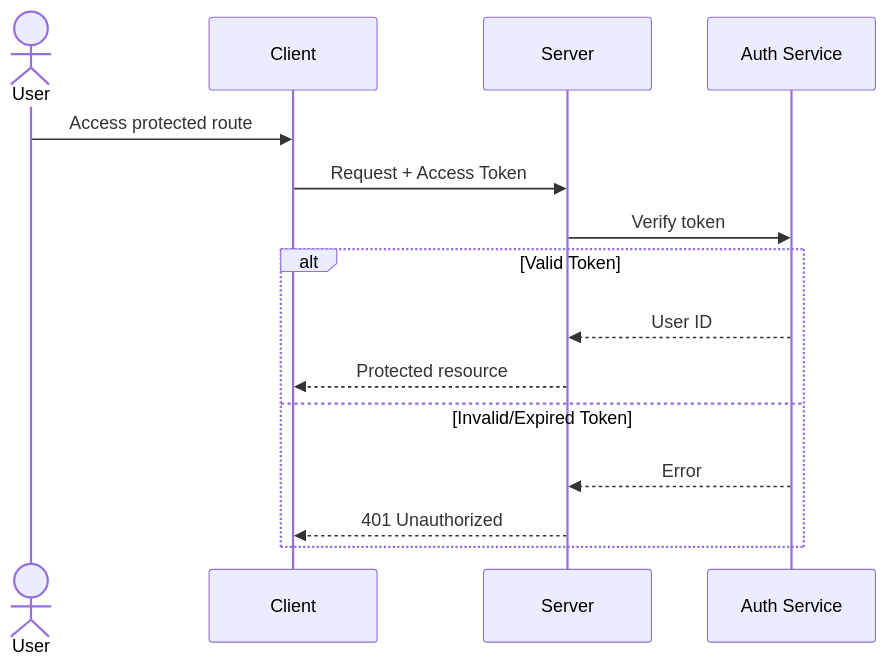
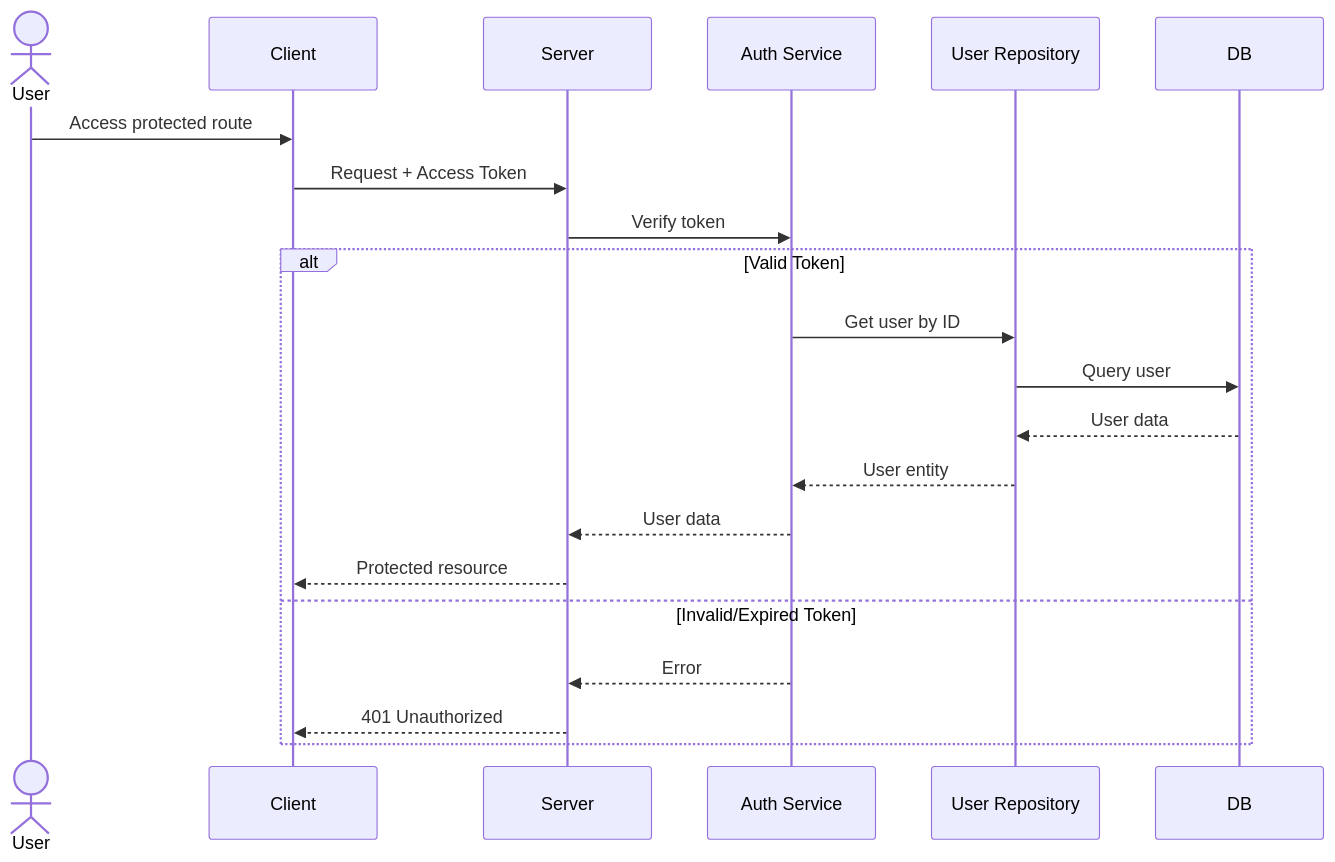
One commit to ifindev/secure-authentication changed the second of 4 diagrams in server/README.md. Above: the diagram before and after it, drawn with Mermaid. The commit also changed other lines of this file, not shown here.

Commit message:
docs(server): update server docs

````diff
--- a/server/README.md
+++ b/server/README.md
@@ -116,18 +121,24 @@
 ```mermaid
 sequenceDiagram
     actor User
     participant Client
     participant Server
     participant Auth Service
+    participant User Repository
+    participant DB
 
     User->>Client: Access protected route
     Client->>Server: Request + Access Token
     Server->>Auth Service: Verify token
     alt Valid Token
-        Auth Service-->>Server: User ID
+        Auth Service->>User Repository: Get user by ID
+        User Repository->>DB: Query user
+        DB-->>User Repository: User data
+        User Repository-->>Auth Service: User entity
+        Auth Service-->>Server: User data
         Server-->>Client: Protected resource
     else Invalid/Expired Token
         Auth Service-->>Server: Error
         Server-->>Client: 401 Unauthorized
     end
 ```
````
